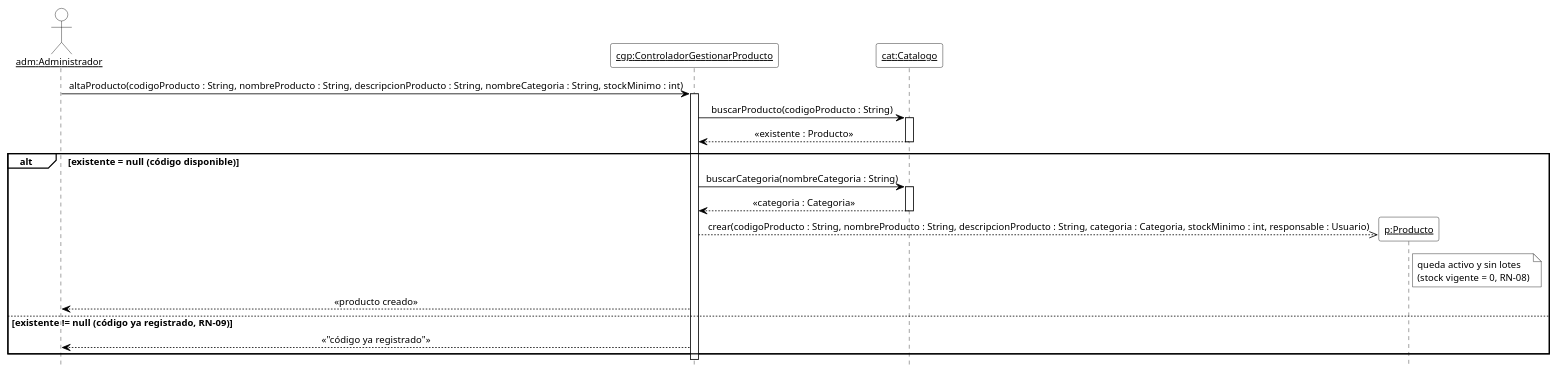
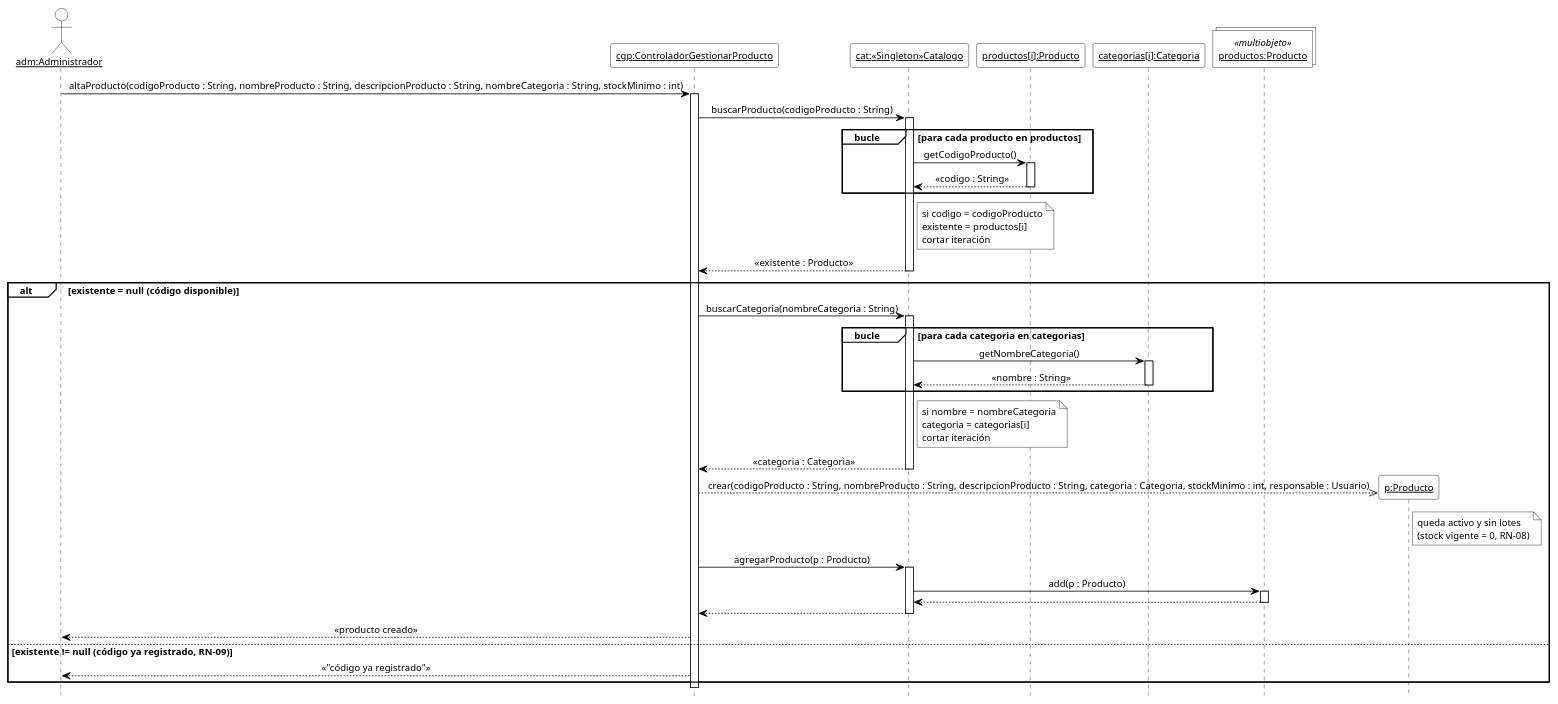
The seventh of 17 diagrams in 08-Diagrama De Secuencia/Diagramas_de_Secuencia.md (cirotop/Stock-Project), drawn with PlantUML before and after one commit. The commit also changed other lines of this file and 36 other files, not shown here.

````diff
--- a/08-Diagrama De Secuencia/Diagramas_de_Secuencia.md
+++ b/08-Diagrama De Secuencia/Diagramas_de_Secuencia.md
@@ -429,43 +487,70 @@
 ```plantuml
 @startuml DSD_CU-04_altaProducto
 ' Diagrama de Secuencia de Diseño (DSD) - CU-04 Gestionar producto - altaProducto
 ' Estilo de los ejemplos de la teoría (introducirArticulo / crearNuevaVenta).
 hide footbox
 skinparam shadowing false
 skinparam defaultFontName Arial
 skinparam defaultFontSize 12
 skinparam sequenceMessageAlign center
 skinparam ArrowColor black
 skinparam ParticipantBackgroundColor white
 skinparam ParticipantBorderColor black
+skinparam CollectionsBackgroundColor white
+skinparam CollectionsBorderColor black
 skinparam ActorBackgroundColor white
 skinparam ActorBorderColor black
 skinparam LifeLineBorderColor black
 skinparam LifeLineBackgroundColor white
 skinparam SequenceGroupBackgroundColor white
 skinparam SequenceGroupBorderColor black
 skinparam SequenceGroupHeaderFontColor black
 skinparam NoteBackgroundColor white
 skinparam NoteBorderColor black
 
 actor "<u>adm:Administrador</u>" as adm
 participant "<u>cgp:ControladorGestionarProducto</u>" as cgp
-participant "<u>cat:Catalogo</u>" as cat
+participant "<u>cat:«Singleton»Catalogo</u>" as cat
+participant "<u>productos[i]:Producto</u>" as pi
+participant "<u>categorias[i]:Categoria</u>" as ci
+collections "<u>productos:Producto</u>" as mp <<multiobjeto>>
 
 adm -> cgp ++ : altaProducto(codigoProducto : String, nombreProducto : String, descripcionProducto : String, nombreCategoria : String, stockMinimo : int)
 cgp -> cat ++ : buscarProducto(codigoProducto : String)
+group bucle [para cada producto en productos]
+  cat -> pi ++ : getCodigoProducto()
+  pi --> cat -- : «codigo : String»
+end
+note right of cat
+  si codigo = codigoProducto
+  existente = productos[i]
+  cortar iteración
+end note
 cat --> cgp -- : «existente : Producto»
 alt existente = null (código disponible)
   cgp -> cat ++ : buscarCategoria(nombreCategoria : String)
+  group bucle [para cada categoria en categorias]
+    cat -> ci ++ : getNombreCategoria()
+    ci --> cat -- : «nombre : String»
+  end
+  note right of cat
+    si nombre = nombreCategoria
+    categoria = categorias[i]
+    cortar iteración
+  end note
   cat --> cgp -- : «categoria : Categoria»
   create participant "<u>p:Producto</u>" as p
   cgp -->> p : crear(codigoProducto : String, nombreProducto : String, descripcionProducto : String, categoria : Categoria, stockMinimo : int, responsable : Usuario)
   note right of p : queda activo y sin lotes\n(stock vigente = 0, RN-08)
+  cgp -> cat ++ : agregarProducto(p : Producto)
+  cat -> mp ++ : add(p : Producto)
+  mp --> cat --
+  cat --> cgp --
   cgp --> adm : «producto creado»
 else existente != null (código ya registrado, RN-09)
   cgp --> adm : «"código ya registrado"»
 end
 deactivate cgp
 
 @enduml
 ```
````
